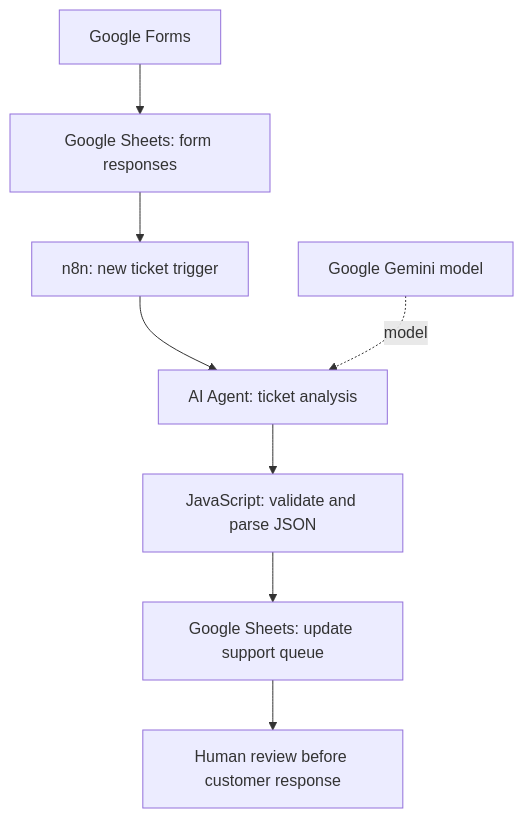
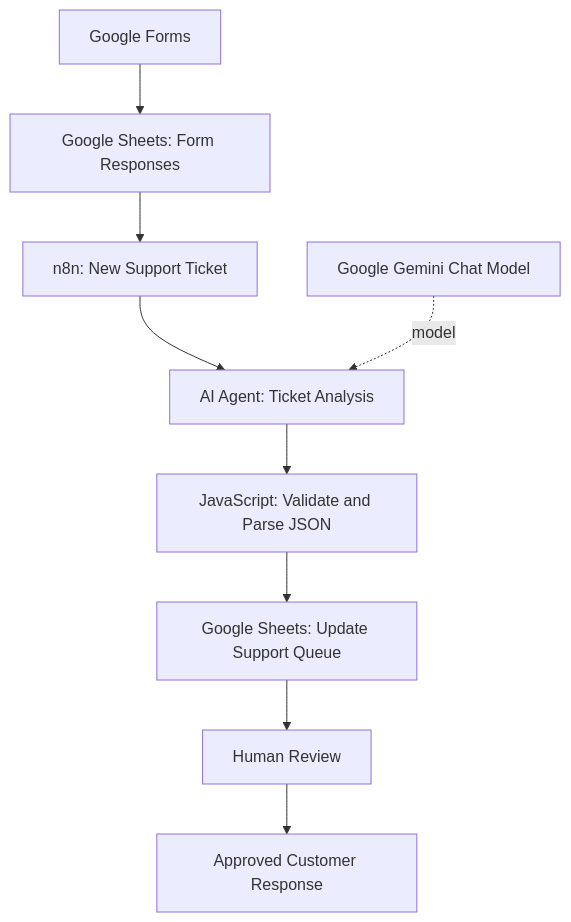
One commit to oluwaseun-tech/Ai-ticket-triage-automation changed the diagram in README.md. Above: the diagram before and after it, drawn with Mermaid. The commit also changed other lines of this file, not shown here.

````diff
--- a/README.md
+++ b/README.md
@@ -26,10 +26,11 @@
 ```mermaid
 flowchart TD
-  A[Google Forms] --> B[Google Sheets: form responses]
-  B --> C[n8n: new ticket trigger]
-  C --> D[AI Agent: ticket analysis]
-  G[Google Gemini model] -. model .-> D
-  D --> E[JavaScript: validate and parse JSON]
-  E --> F[Google Sheets: update support queue]
-  F --> H[Human review before customer response]
+    A[Google Forms] --> B[Google Sheets: Form Responses]
+    B --> C[n8n: New Support Ticket]
+    C --> D[AI Agent: Ticket Analysis]
+    G[Google Gemini Chat Model] -. model .-> D
+    D --> E[JavaScript: Validate and Parse JSON]
+    E --> F[Google Sheets: Update Support Queue]
+    F --> H[Human Review]
+    H --> I[Approved Customer Response]
 ```
````
